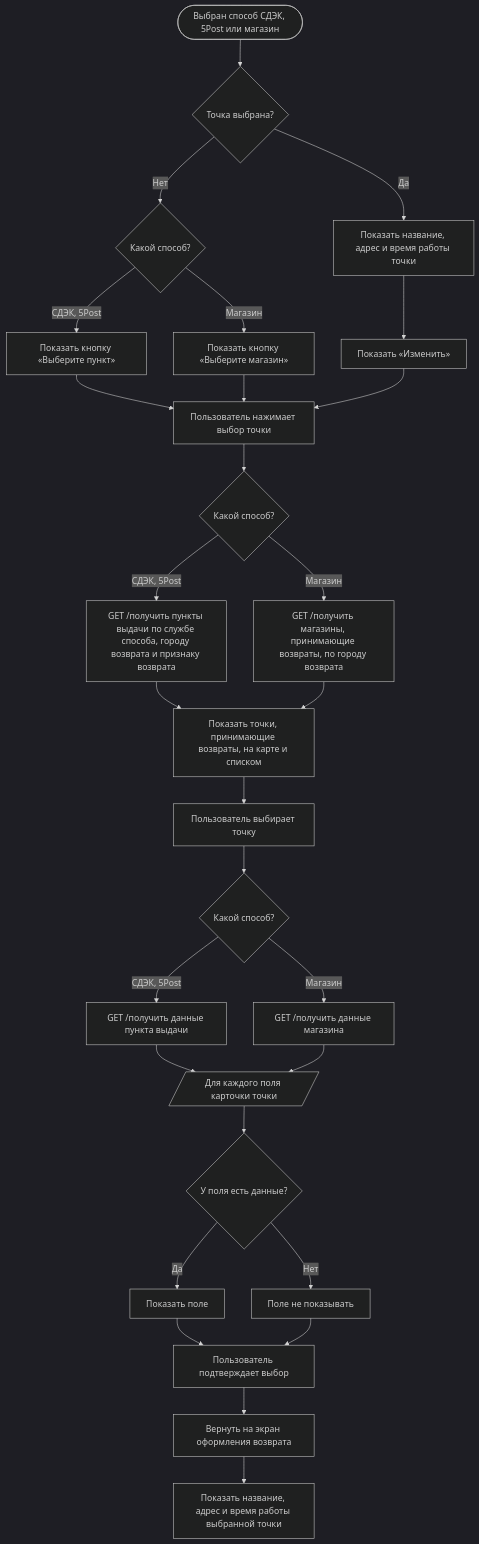
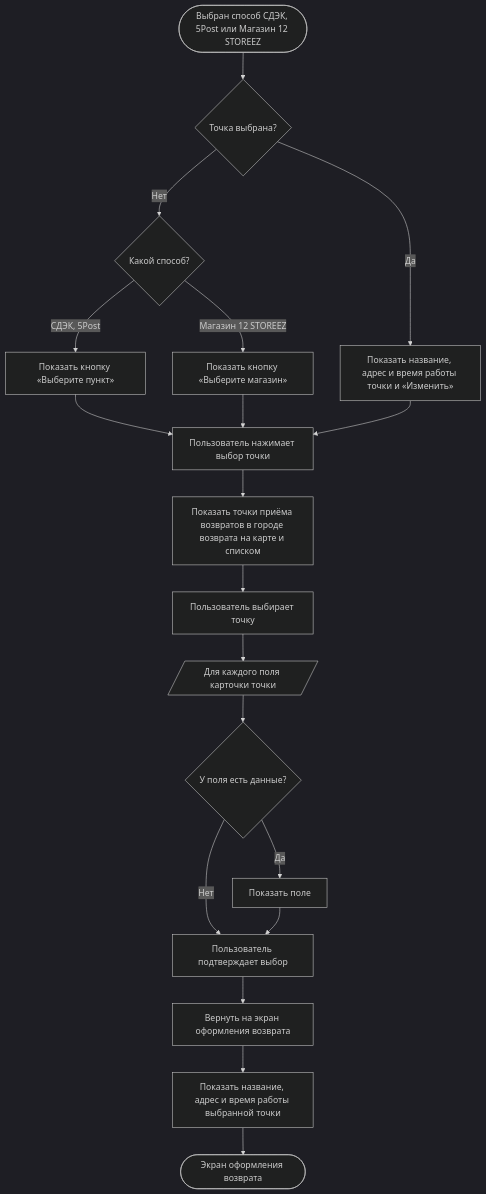
Before and after one commit to Terinss155/opencode-agents-analysis: diagram 12 of 20 in projects/returns-2.0/requirements/srs/srs-mobile-mvp.md, drawn with Mermaid (dark theme). The commit also changed other lines of this file and 40 other files, not shown here.

````diff
--- a/projects/returns-2.0/requirements/srs/srs-mobile-mvp.md
+++ b/projects/returns-2.0/requirements/srs/srs-mobile-mvp.md
@@ -634,30 +683,21 @@
 ```mermaid
 flowchart TD
-    S([Выбран способ СДЭК, 5Post или магазин]) --> A{"Точка выбрана?"}
+    S([Выбран способ СДЭК, 5Post или Магазин 12 STOREEZ]) --> A{"Точка выбрана?"}
     A -->|Нет| A1{"Какой способ?"}
     A1 -->|СДЭК, 5Post| A2["Показать кнопку «Выберите пункт»"]
-    A1 -->|Магазин| A3["Показать кнопку «Выберите магазин»"]
-    A -->|Да| A4["Показать название, адрес и время работы точки"]
-    A4 --> A5["Показать «Изменить»"]
+    A1 -->|Магазин 12 STOREEZ| A3["Показать кнопку «Выберите магазин»"]
+    A -->|Да| A4["Показать название, адрес и время работы точки и «Изменить»"]
     A2 --> B["Пользователь нажимает выбор точки"]
     A3 --> B
-    A5 --> B
-    B --> C{"Какой способ?"}
-    C -->|СДЭК, 5Post| C1["GET /получить пункты выдачи по службе способа, городу возврата и признаку возврата"]
-    C -->|Магазин| C2["GET /получить магазины, принимающие возвраты, по городу возврата"]
-    C1 --> D["Показать точки, принимающие возвраты, на карте и списком"]
-    C2 --> D
+    A4 --> B
+    B --> D["Показать точки приёма возвратов в городе возврата на карте и списком"]
     D --> E["Пользователь выбирает точку"]
-    E --> F{"Какой способ?"}
-    F -->|СДЭК, 5Post| F1["GET /получить данные пункта выдачи"]
-    F -->|Магазин| F2["GET /получить данные магазина"]
-    F1 --> G[/"Для каждого поля карточки точки"/]
-    F2 --> G
-    G --> G1{"У поля есть данные?"}
+    E --> P[/"Для каждого поля карточки точки"/]
+    P --> G1{"У поля есть данные?"}
     G1 -->|Да| G2["Показать поле"]
-    G1 -->|Нет| G3["Поле не показывать"]
+    G1 -->|Нет| H
     G2 --> H["Пользователь подтверждает выбор"]
-    G3 --> H
     H --> I["Вернуть на экран оформления возврата"]
     I --> I1["Показать название, адрес и время работы выбранной точки"]
+    I1 --> Z([Экран оформления возврата])
 ```
````
